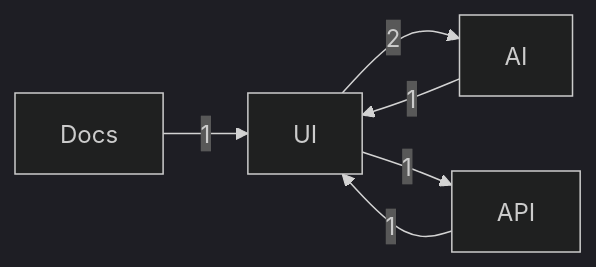
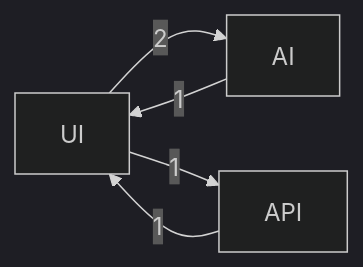
One commit to DeepExtrema/deepextrema changed the diagram in README.md. Above: the diagram before and after it, drawn with Mermaid (dark theme). The commit also changed other lines of this file and 4 other files, not shown here.

````diff
--- a/README.md
+++ b/README.md
@@ -214,8 +214,7 @@
 ```mermaid
 graph LR
     UI -->|2| AI
-    Docs -->|1| UI
     AI -->|1| UI
     UI -->|1| API
     API -->|1| UI
 ```
````
